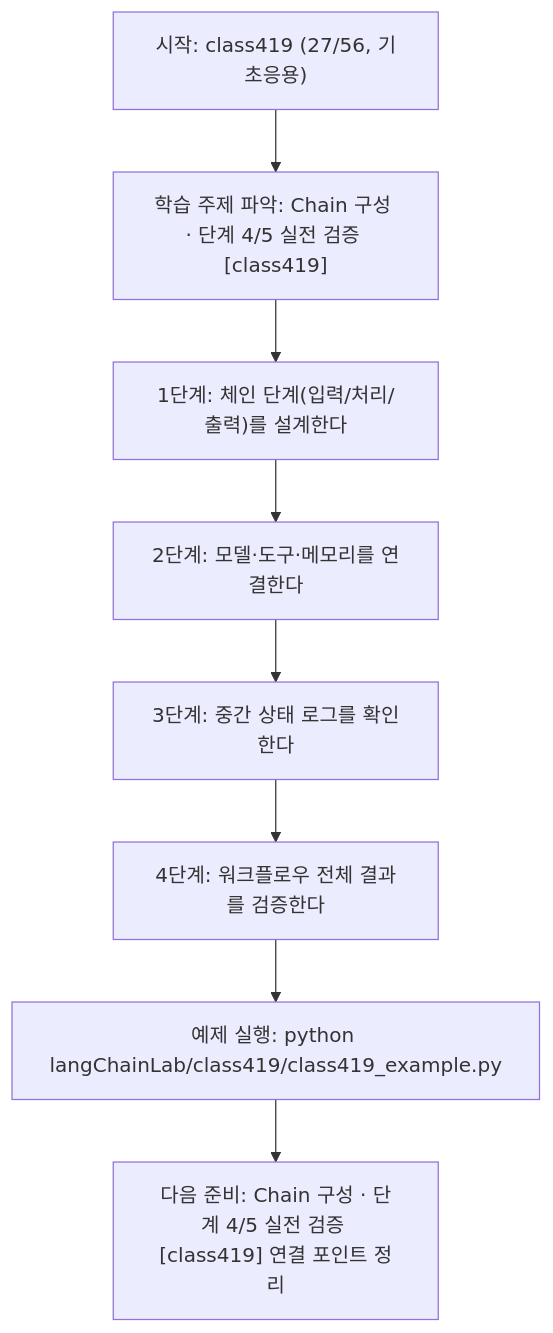
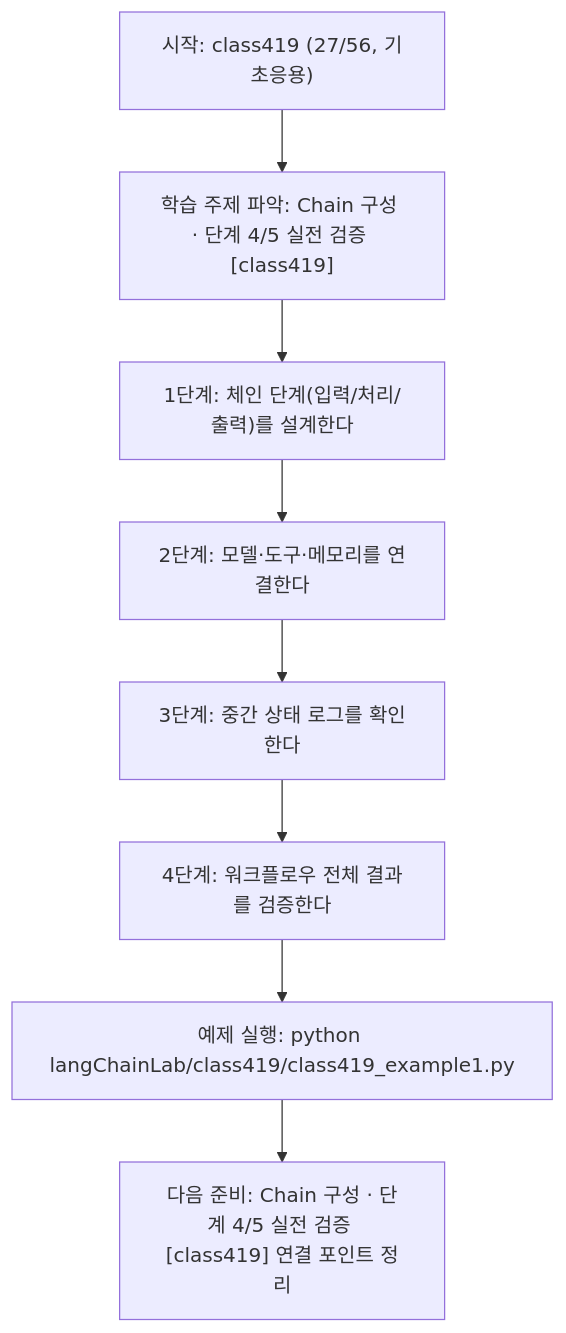
Before and after one commit to edumgt/Python-AI_Agent-Class: the diagram in langChainLab/class419/class419.md, drawn with Mermaid. The commit also changed other lines of this file and 2959 other files, not shown here.

````diff
--- a/langChainLab/class419/class419.md
+++ b/langChainLab/class419/class419.md
@@ -109,18 +109,18 @@
 ```mermaid
 flowchart TD
 N1["시작: class419 (27/56, 기초응용)"]
 N2["학습 주제 파악: Chain 구성 · 단계 4/5 실전 검증 [class419]"]
 N3["1단계: 체인 단계(입력/처리/출력)를 설계한다"]
 N4["2단계: 모델·도구·메모리를 연결한다"]
 N5["3단계: 중간 상태 로그를 확인한다"]
 N6["4단계: 워크플로우 전체 결과를 검증한다"]
-N7["예제 실행: python langChainLab/class419/class419_example.py"]
+N7["예제 실행: python langChainLab/class419/class419_example1.py"]
 N8["다음 준비: Chain 구성 · 단계 4/5 실전 검증 [class419] 연결 포인트 정리"]
 N1 --> N2
 N2 --> N3
 N3 --> N4
 N4 --> N5
 N5 --> N6
 N6 --> N7
 N7 --> N8
 ```
````
